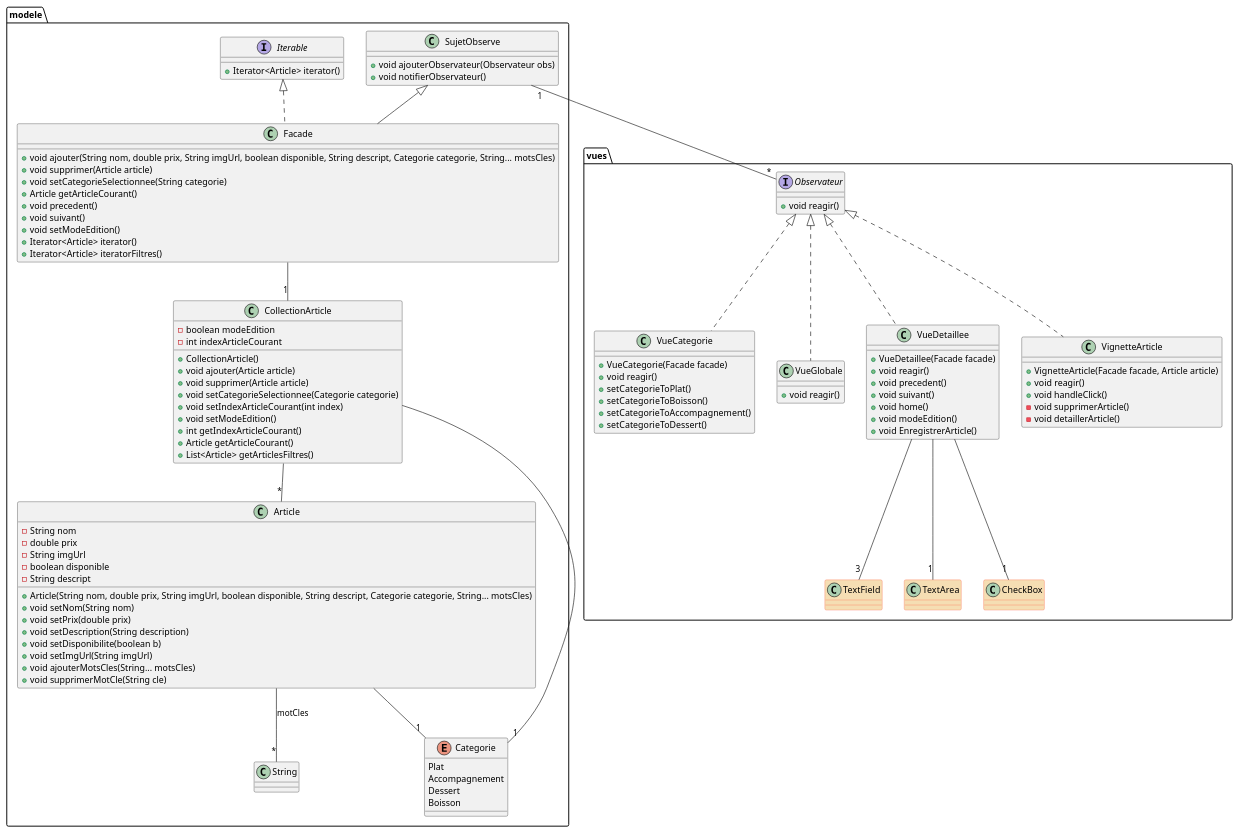
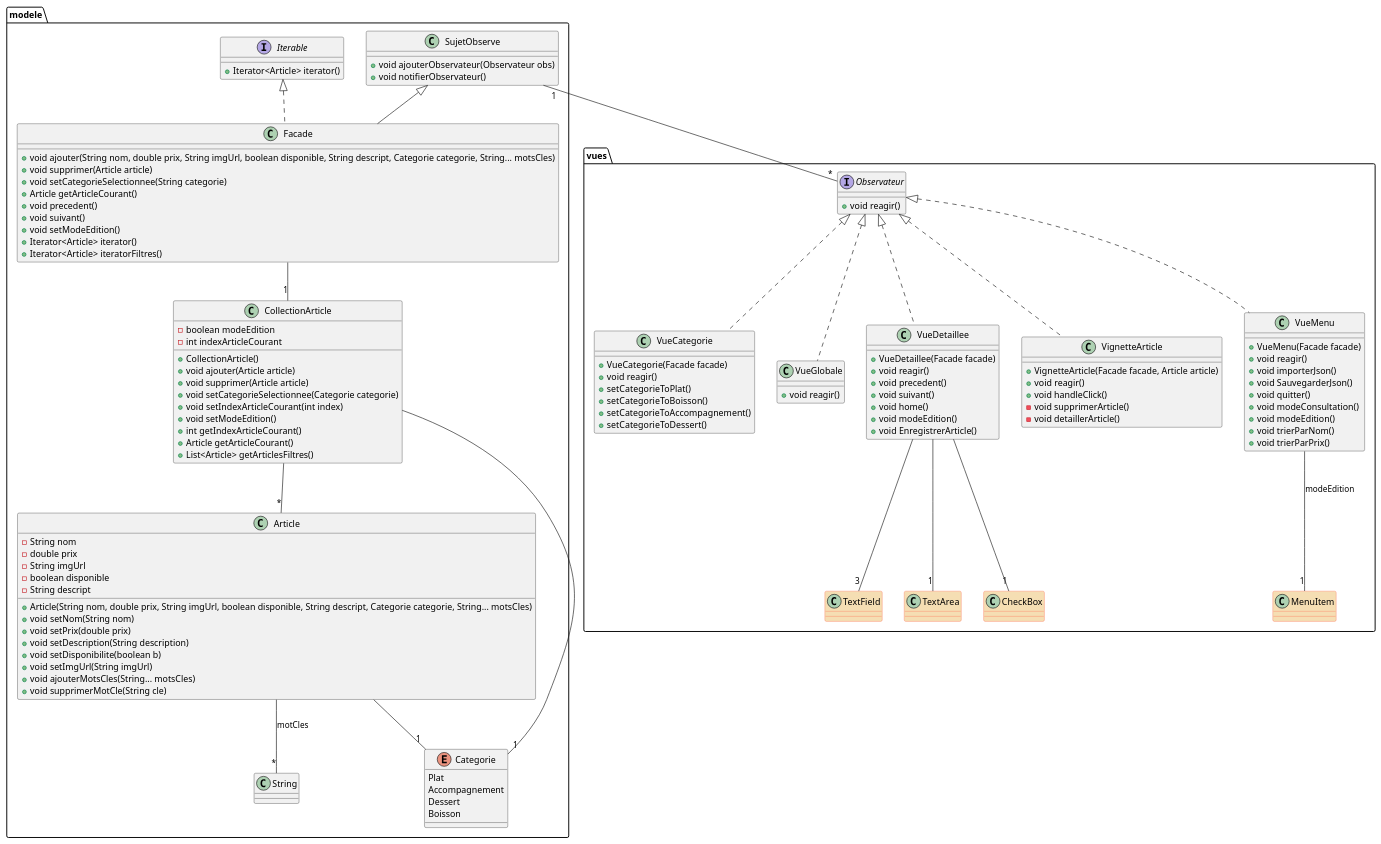
Before and after one commit to Ousmane29-maker/fast-food-app: the diagram in src/ressources/diagrammes/diagramme.puml, drawn with PlantUML. The commit also changed 13 other files, not shown here.

```diff
--- a/src/ressources/diagrammes/diagramme.puml
+++ b/src/ressources/diagrammes/diagramme.puml
@@ -1,127 +1,142 @@
 @startuml
 skinparam class {
    BackgroundColor<<java>> Wheat
    BorderColor<<java>> Tomato
 }
 
 hide stereotype
 
 package "modele" {
     class String
     interface Iterable{
         + Iterator<Article> iterator()
     }
 
     class Article{
         - String nom
         - double prix
         - String imgUrl
         - boolean disponible
         - String descript
         + Article(String nom, double prix, String imgUrl, boolean disponible, String descript, Categorie categorie, String... motsCles)
         + void setNom(String nom)
         + void setPrix(double prix)
         + void setDescription(String description)
         + void setDisponibilite(boolean b)
         + void setImgUrl(String imgUrl)
         + void ajouterMotsCles(String... motsCles)
         + void supprimerMotCle(String cle)
     }
 
     enum Categorie {
         Plat
         Accompagnement
         Dessert
         Boisson
     }
 
     class Facade extends SujetObserve implements Iterable<Article>{
         + void ajouter(String nom, double prix, String imgUrl, boolean disponible, String descript, Categorie categorie, String... motsCles)
         + void supprimer(Article article)
         + void setCategorieSelectionnee(String categorie)
         + Article getArticleCourant()
         + void precedent()
         + void suivant()
         + void setModeEdition()
         + Iterator<Article> iterator()
         + Iterator<Article> iteratorFiltres()
 
     }
 
     class CollectionArticle {
         - boolean modeEdition
         - int indexArticleCourant
         + CollectionArticle()
         + void ajouter(Article article)
         + void supprimer(Article article)
         + void setCategorieSelectionnee(Categorie categorie)
         + void setIndexArticleCourant(int index)
         + void setModeEdition()
         + int getIndexArticleCourant()
         + Article getArticleCourant()
         + List<Article> getArticlesFiltres()
 
     }
 
     class SujetObserve{
         + void ajouterObservateur(Observateur obs)
         + void notifierObservateur()
     }
 
 }
 
 package "vues" {
     class TextField<<java>>
     class TextArea<<java>>
     class CheckBox<<java>>
+    class MenuItem<<java>>
+
     interface Observateur {
         + void reagir()
     }
 
     class VueCategorie {
         + VueCategorie(Facade facade)
         + void reagir()
         + setCategorieToPlat()
         + setCategorieToBoisson()
         + setCategorieToAccompagnement()
         + setCategorieToDessert()
     }
     class VueGlobale {
         + void reagir()
     }
     class VueDetaillee {
         + VueDetaillee(Facade facade)
         + void reagir()
         + void precedent()
         + void suivant()
         + void home()
         + void modeEdition()
         + void EnregistrerArticle()
     }
 
     class VignetteArticle{
             + VignetteArticle(Facade facade, Article article)
             + void reagir()
             + void handleClick()
             - void supprimerArticle()
             - void detaillerArticle()
         }
+     class VueMenu{
+        + VueMenu(Facade facade)
+        + void reagir()
+        + void importerJson()
+        + void SauvegarderJson()
+        + void quitter()
+        + void modeConsultation()
+        + void modeEdition()
+        + void trierParNom()
+        + void trierParPrix()
+     }
 
 }
 Article --"1" Categorie
 Article --"*" String : motCles
 CollectionArticle --"1" Categorie
 CollectionArticle --"*" Article
 Facade --"1" CollectionArticle
 SujetObserve "1" -- "*" Observateur
 Observateur <|.. VueCategorie
 Observateur <|.. VignetteArticle
 Observateur <|.. VueGlobale
 Observateur <|.. VueDetaillee
+Observateur <|.. VueMenu
 VueDetaillee --"3" TextField
 VueDetaillee --"1" TextArea
 VueDetaillee --"1" CheckBox
+VueMenu --"1" MenuItem : modeEdition
 
 
 
 @enduml
```
